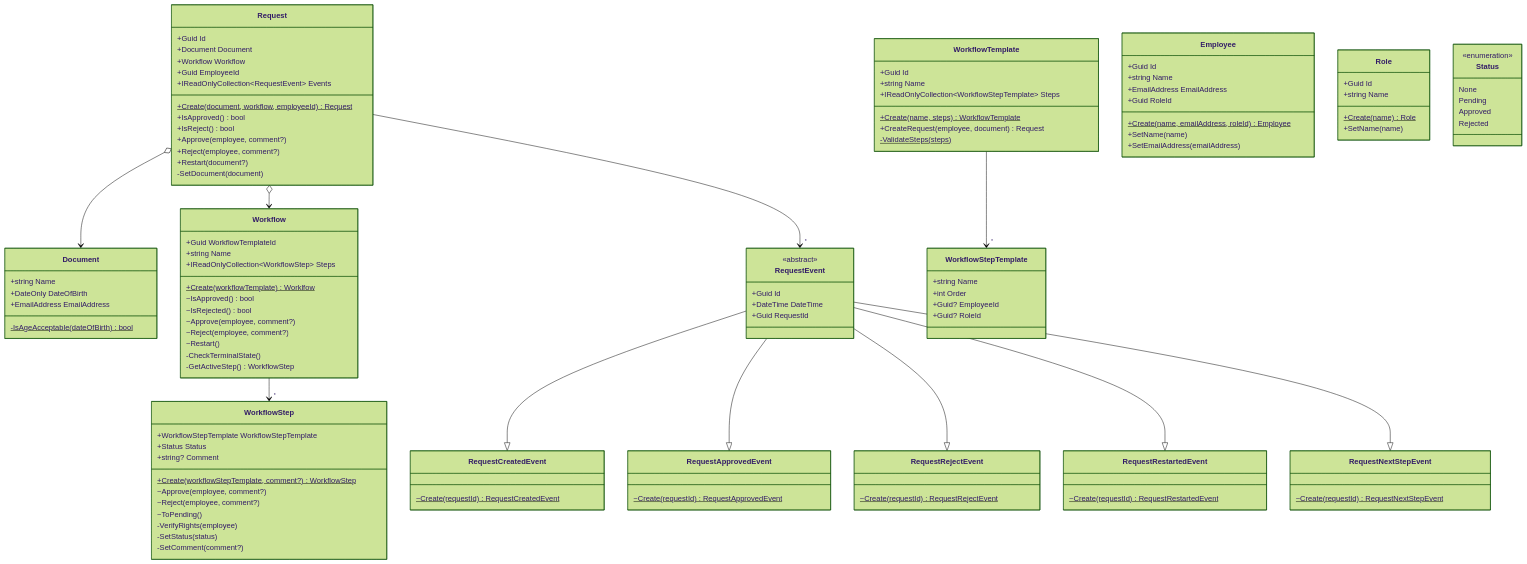
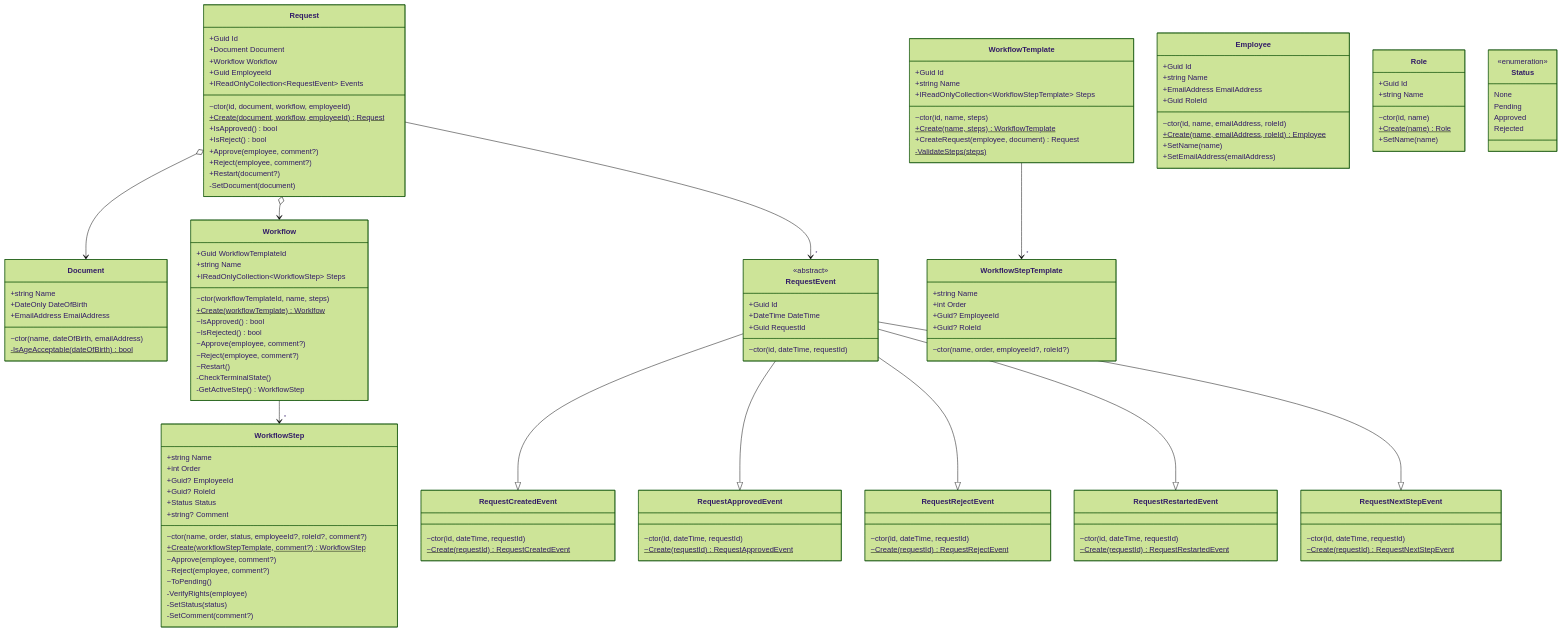
Before and after one commit to tarioma/Interviews: the diagram in README.md, drawn with Mermaid (forest theme).

````diff
--- a/README.md
+++ b/README.md
@@ -32,6 +32,7 @@
         +string Name
         +EmailAddress EmailAddress
         +Guid RoleId
+        ~ctor(id, name, emailAddress, roleId)
         +Create(name, emailAddress, roleId)$ Employee
         +SetName(name)
         +SetEmailAddress(emailAddress)
@@ -39,6 +40,7 @@
     class Role{
         +Guid Id
         +string Name
+        ~ctor(id, name)
         +Create(name)$ Role
         +SetName(name)
     }
@@ -55,6 +57,7 @@
         +Workflow Workflow
         +Guid EmployeeId
         +IReadOnlyCollection~RequestEvent~ Events
+        ~ctor(id, document, workflow, employeeId)
         +Create(document, workflow, employeeId)$ Request
         +IsApproved() bool
         +IsReject() bool
@@ -67,12 +70,14 @@
         +string Name
         +DateOnly DateOfBirth
         +EmailAddress EmailAddress
+        ~ctor(name, dateOfBirth, emailAddress)
         -IsAgeAcceptable(dateOfBirth)$ bool
     }
     class Workflow{
         +Guid WorkflowTemplateId
         +string Name
         +IReadOnlyCollection~WorkflowStep~ Steps
+        ~ctor(workflowTemplateId, name, steps)
         +Create(workflowTemplate)$ Worklfow
         ~IsApproved() bool
         ~IsRejected() bool
@@ -83,9 +88,13 @@
         -GetActiveStep() WorkflowStep
     }
     class WorkflowStep{
-        +WorkflowStepTemplate WorkflowStepTemplate
+        +string Name
+        +int Order
+        +Guid? EmployeeId
+        +Guid? RoleId
         +Status Status
         +string? Comment
+        ~ctor(name, order, status, employeeId?, roleId?, comment?)
         +Create(workflowStepTemplate, comment?)$ WorkflowStep
         ~Approve(employee, comment?)
         ~Reject(employee, comment?)
@@ -98,6 +107,7 @@
         +Guid Id
         +string Name
         +IReadOnlyCollection~WorkflowStepTemplate~ Steps
+        ~ctor(id, name, steps)
         +Create(name, steps)$ WorkflowTemplate
         +CreateRequest(employee, document) Request
         -ValidateSteps(steps)$
@@ -107,26 +117,33 @@
         +int Order
         +Guid? EmployeeId
         +Guid? RoleId
+        ~ctor(name, order, employeeId?, roleId?)
     }
     class RequestEvent{
         <<abstract>>
         +Guid Id
         +DateTime DateTime
         +Guid RequestId
+        ~ctor(id, dateTime, requestId)
     }
     class RequestCreatedEvent{
+        ~ctor(id, dateTime, requestId)
         ~Create(requestId)$ RequestCreatedEvent
     }
     class RequestApprovedEvent{
+        ~ctor(id, dateTime, requestId)
         ~Create(requestId)$ RequestApprovedEvent
     }
     class RequestRejectEvent{
+        ~ctor(id, dateTime, requestId)
         ~Create(requestId)$ RequestRejectEvent
     }
     class RequestRestartedEvent{
+        ~ctor(id, dateTime, requestId)
         ~Create(requestId)$ RequestRestartedEvent
     }
     class RequestNextStepEvent{
+        ~ctor(id, dateTime, requestId)
         ~Create(requestId)$ RequestNextStepEvent
     }
 ```
````
